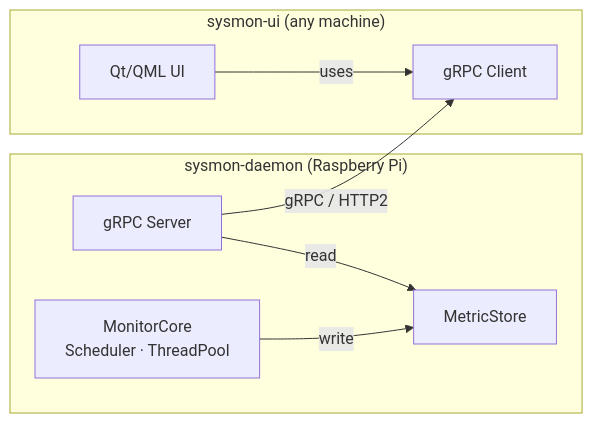
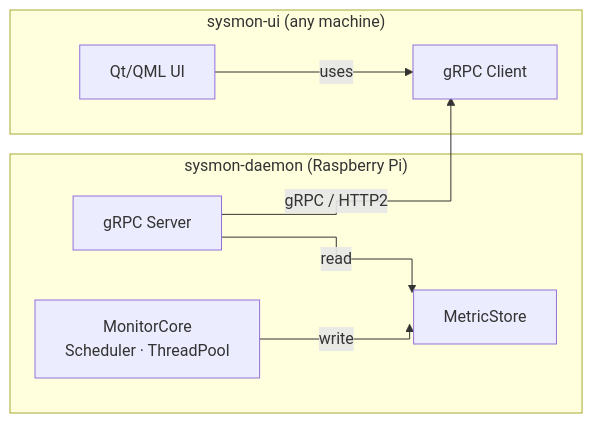
One commit to lasser-j/sysmon changed the first of 3 diagrams in docs/architecture.md. Above: the diagram before and after it, drawn with Mermaid. The commit also changed 8 other files, not shown here.

````diff
--- a/docs/architecture.md
+++ b/docs/architecture.md
@@ -38,18 +38,19 @@
 ```mermaid
+%%{init: {'flowchart': {'curve': 'stepAfter'}}}%%
 flowchart LR
   subgraph "sysmon-daemon (Raspberry Pi)"
     MC["MonitorCore\nScheduler · ThreadPool"]
     MS["MetricStore"]
     GS["gRPC Server"]
     MC -->|write| MS
     GS -->|read| MS
   end
 
   subgraph "sysmon-ui (any machine)"
     GC["gRPC Client"]
     UI["Qt/QML UI"]
     UI -->|uses| GC
   end
 
   GS -->|"gRPC / HTTP2"| GC
 ```
````
